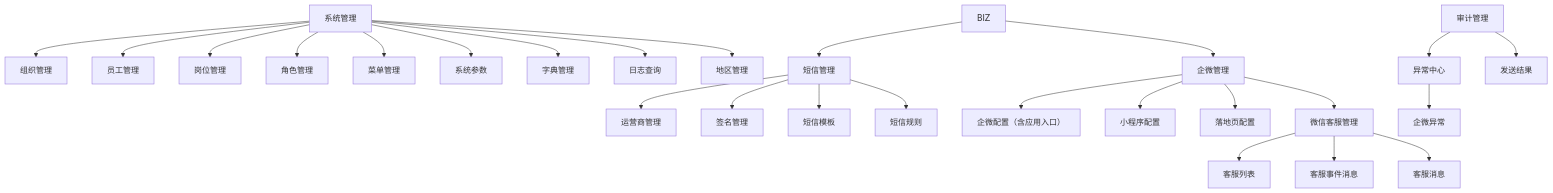
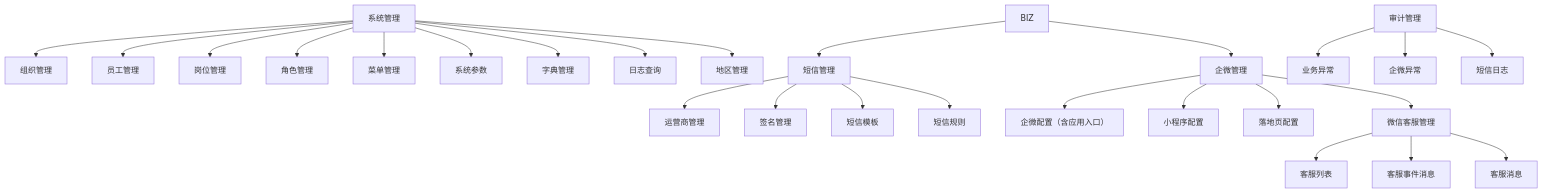
Before and after one commit to freya-pr/heshu-boss-demo: the first of 4 diagrams in docs/authoritative/合数BOSS V1.0系统管理与业务配置需求文档.md, drawn with Mermaid. The commit also changed other lines of this file and 24 other files, not shown here.

````diff
--- a/docs/authoritative/合数BOSS V1.0系统管理与业务配置需求文档.md
+++ b/docs/authoritative/合数BOSS V1.0系统管理与业务配置需求文档.md
@@ -76,28 +78,28 @@
 ```mermaid
 flowchart TD
     SYS["系统管理"] --> ORG["组织管理"]
     SYS --> EMP["员工管理"]
     SYS --> POSITION["岗位管理"]
     SYS --> ROLE["角色管理"]
     SYS --> MENU["菜单管理"]
     SYS --> PARAM["系统参数"]
     SYS --> DICT["字典管理"]
     SYS --> LOG["日志查询"]
     SYS --> REGION["地区管理"]
     BIZ --> SMS["短信管理"]
     SMS --> PROVIDER["运营商管理"]
     SMS --> SMS2["签名管理"]
     SMS --> SMS3["短信模板"]
     SMS --> SMSRULE["短信规则"]
     BIZ --> CFG["企微管理"]
     CFG --> WXCFG["企微配置（含应用入口）"]
     CFG --> MPCFG["小程序配置"]
     CFG --> LANDCFG["落地页配置"]
     CFG --> CS["微信客服管理"]
     CS --> CSL["客服列表"]
     CS --> CSE["客服事件消息"]
     CS --> CSM["客服消息"]
-    AUDIT["审计管理"] --> EX["异常中心"]
-    EX --> WEX["企微异常"]
-    AUDIT --> SMS4["发送结果"]
+    AUDIT["审计管理"] --> BEX["业务异常"]
+    AUDIT --> WEX["企微异常"]
+    AUDIT --> SMS4["短信日志"]
 ```
````
